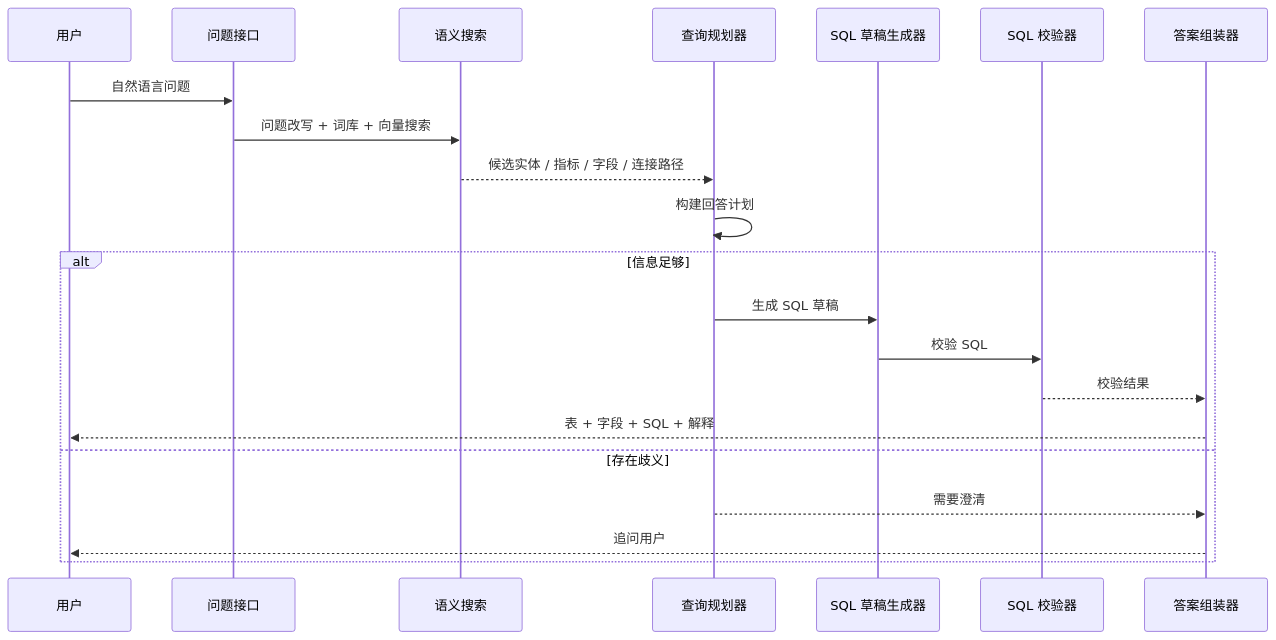
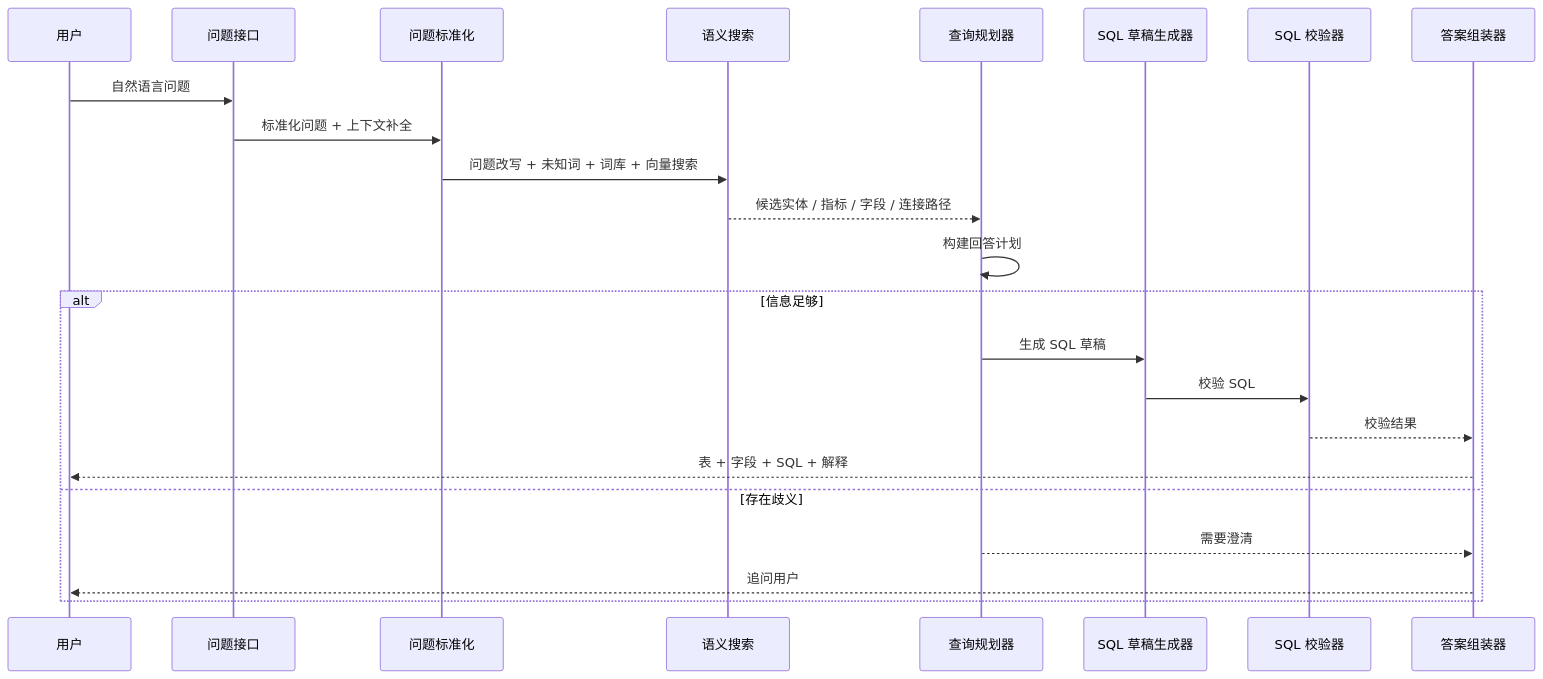
One commit to xiaoguang/relation-detector changed the fifth of 8 diagrams in docs/design/semantic-layer-overall-design.md. Above: the diagram before and after it, drawn with Mermaid. The commit also changed other lines of this file and 3 other files, not shown here.

````diff
--- a/docs/design/semantic-layer-overall-design.md
+++ b/docs/design/semantic-layer-overall-design.md
@@ -194,24 +196,26 @@
 ```mermaid
 sequenceDiagram
   participant U as 用户
   participant Q as 问题接口
+  participant N as 问题标准化
   participant S as 语义搜索
   participant P as 查询规划器
   participant G as SQL 草稿生成器
   participant V as SQL 校验器
   participant A as 答案组装器
 
   U->>Q: 自然语言问题
-  Q->>S: 问题改写 + 词库 + 向量搜索
+  Q->>N: 标准化问题 + 上下文补全
+  N->>S: 问题改写 + 未知词 + 词库 + 向量搜索
   S-->>P: 候选实体 / 指标 / 字段 / 连接路径
   P->>P: 构建回答计划
   alt 信息足够
     P->>G: 生成 SQL 草稿
     G->>V: 校验 SQL
     V-->>A: 校验结果
     A-->>U: 表 + 字段 + SQL + 解释
   else 存在歧义
     P-->>A: 需要澄清
     A-->>U: 追问用户
   end
 ```
````
